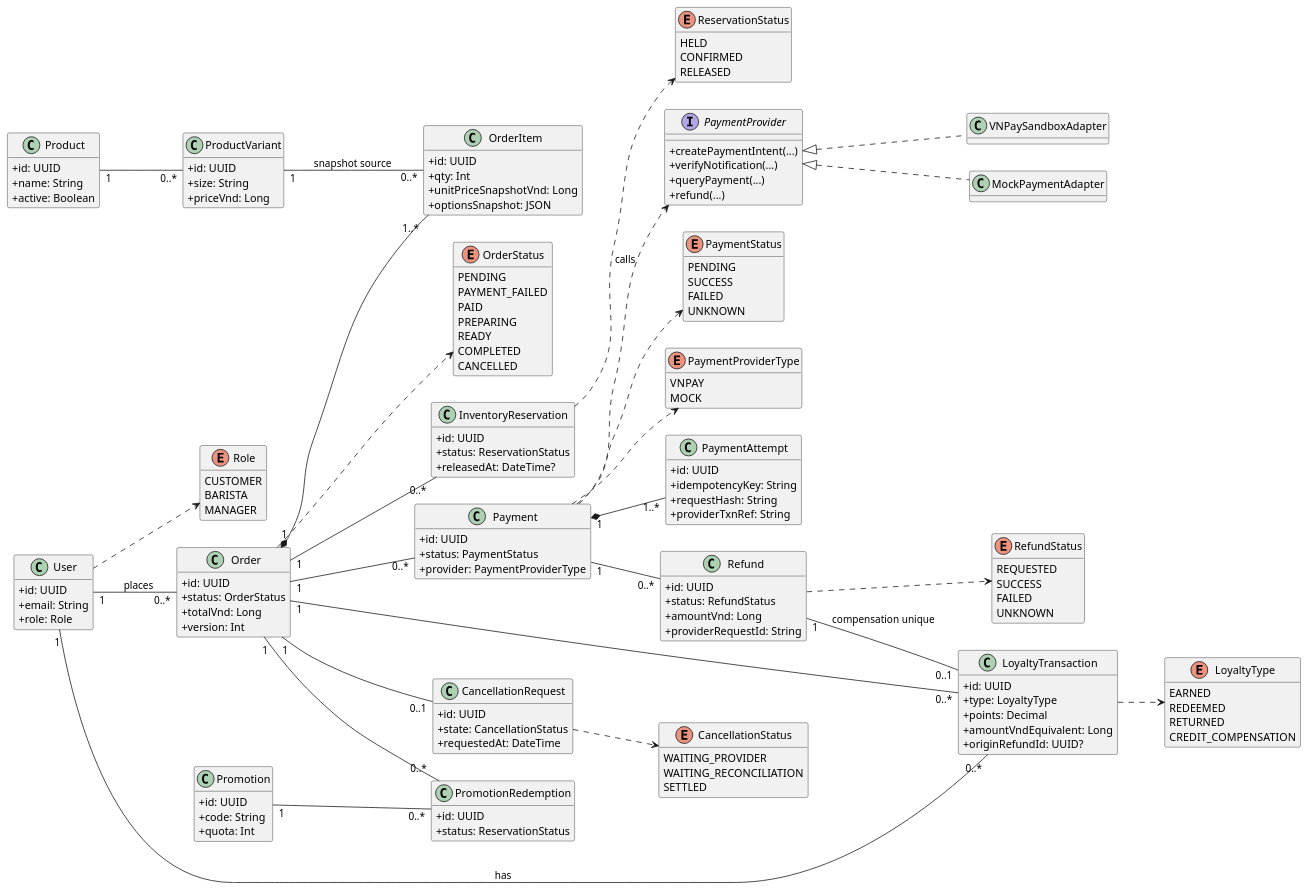
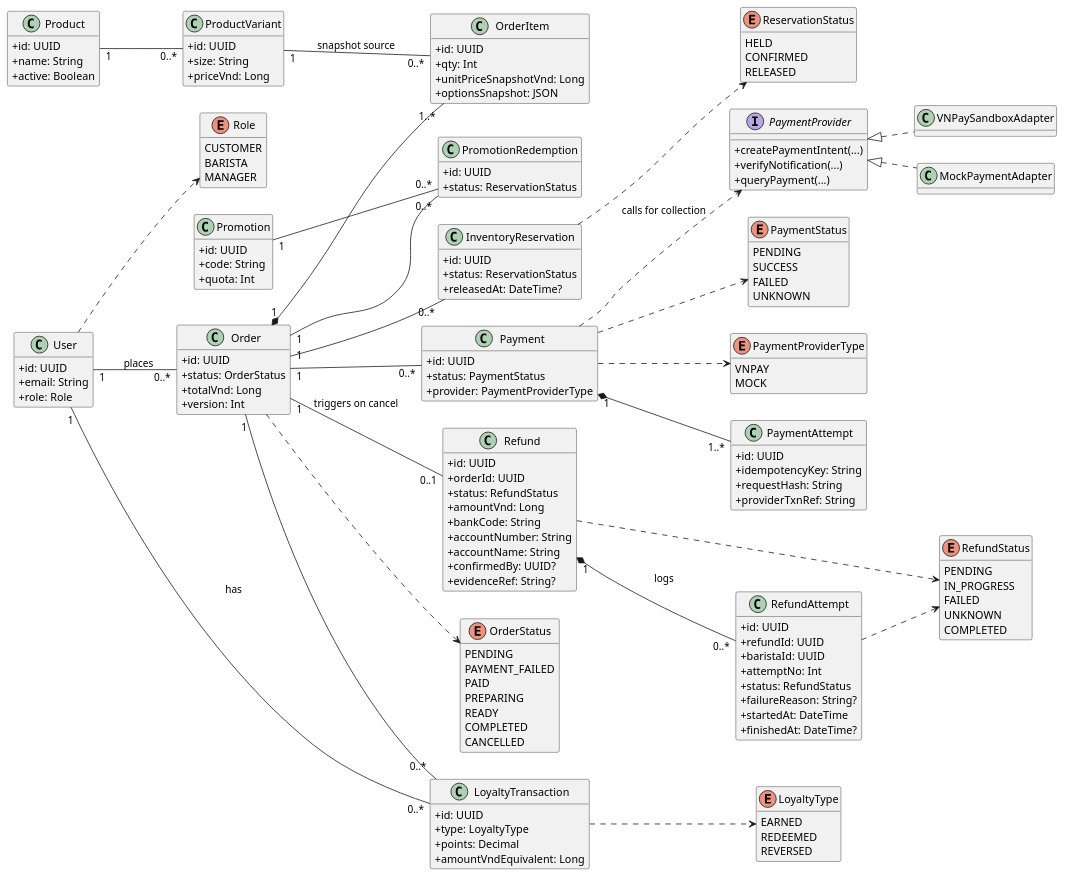
The diagram in docs/diagrams/class-domain.puml (Thaitruong26/Brewlite-A2), drawn with PlantUML before and after one commit. The commit also changed 14 other files, not shown here.

Commit message:
docs: align SRS, ADR-009, use-case specifications, and PlantUML diagrams with manual VietQR barista refund workflow

```diff
--- a/docs/diagrams/class-domain.puml
+++ b/docs/diagrams/class-domain.puml
@@ -1,154 +1,161 @@
 @startuml
 skinparam classAttributeIconSize 0
 hide empty methods
 left to right direction
+
 class User {
   +id: UUID
-+email: String
-+role: Role
+  +email: String
+  +role: Role
 }
 class Product {
   +id: UUID
-+name: String
-+active: Boolean
+  +name: String
+  +active: Boolean
 }
 class ProductVariant {
   +id: UUID
-+size: String
-+priceVnd: Long
+  +size: String
+  +priceVnd: Long
 }
 class Order {
   +id: UUID
-+status: OrderStatus
-+totalVnd: Long
-+version: Int
+  +status: OrderStatus
+  +totalVnd: Long
+  +version: Int
 }
 class OrderItem {
   +id: UUID
-+qty: Int
-+unitPriceSnapshotVnd: Long
-+optionsSnapshot: JSON
+  +qty: Int
+  +unitPriceSnapshotVnd: Long
+  +optionsSnapshot: JSON
 }
 class Payment {
   +id: UUID
-+status: PaymentStatus
-+provider: PaymentProviderType
+  +status: PaymentStatus
+  +provider: PaymentProviderType
 }
 class PaymentAttempt {
   +id: UUID
-+idempotencyKey: String
-+requestHash: String
-+providerTxnRef: String
+  +idempotencyKey: String
+  +requestHash: String
+  +providerTxnRef: String
 }
 class Refund {
   +id: UUID
-+status: RefundStatus
-+amountVnd: Long
-+providerRequestId: String
+  +orderId: UUID
+  +status: RefundStatus
+  +amountVnd: Long
+  +bankCode: String
+  +accountNumber: String
+  +accountName: String
+  +confirmedBy: UUID?
+  +evidenceRef: String?
 }
-class CancellationRequest {
+class RefundAttempt {
   +id: UUID
-+state: CancellationStatus
-+requestedAt: DateTime
+  +refundId: UUID
+  +baristaId: UUID
+  +attemptNo: Int
+  +status: RefundStatus
+  +failureReason: String?
+  +startedAt: DateTime
+  +finishedAt: DateTime?
 }
 class Promotion {
   +id: UUID
-+code: String
-+quota: Int
+  +code: String
+  +quota: Int
 }
 class PromotionRedemption {
   +id: UUID
-+status: ReservationStatus
+  +status: ReservationStatus
 }
 class LoyaltyTransaction {
   +id: UUID
-+type: LoyaltyType
-+points: Decimal
-+amountVndEquivalent: Long
-+originRefundId: UUID?
+  +type: LoyaltyType
+  +points: Decimal
+  +amountVndEquivalent: Long
 }
 class InventoryReservation {
   +id: UUID
-+status: ReservationStatus
-+releasedAt: DateTime?
+  +status: ReservationStatus
+  +releasedAt: DateTime?
 }
 interface PaymentProvider {
   +createPaymentIntent(...)
-+verifyNotification(...)
-+queryPayment(...)
-+refund(...)
+  +verifyNotification(...)
+  +queryPayment(...)
 }
 class VNPaySandboxAdapter
 class MockPaymentAdapter
+
 PaymentProvider <|.. VNPaySandboxAdapter
 PaymentProvider <|.. MockPaymentAdapter
+
 User "1" -- "0..*" Order : places
 User "1" -- "0..*" LoyaltyTransaction : has
 Product "1" -- "0..*" ProductVariant
 Order "1" *-- "1..*" OrderItem
 ProductVariant "1" -- "0..*" OrderItem : snapshot source
 Order "1" -- "0..*" Payment
 Payment "1" *-- "1..*" PaymentAttempt
-Payment "1" -- "0..*" Refund
-Order "1" -- "0..1" CancellationRequest
+Order "1" -- "0..1" Refund : triggers on cancel
+Refund "1" *-- "0..*" RefundAttempt : logs
 Order "1" -- "0..*" InventoryReservation
 Promotion "1" -- "0..*" PromotionRedemption
 Order "1" -- "0..*" PromotionRedemption
 Order "1" -- "0..*" LoyaltyTransaction
-Refund "1" -- "0..1" LoyaltyTransaction : compensation unique
-Payment ..> PaymentProvider : calls
+Payment ..> PaymentProvider : calls for collection
+
 enum OrderStatus {
   PENDING
   PAYMENT_FAILED
   PAID
   PREPARING
   READY
   COMPLETED
   CANCELLED
 }
 enum PaymentStatus {
   PENDING
   SUCCESS
   FAILED
   UNKNOWN
 }
 enum RefundStatus {
-  REQUESTED
-  SUCCESS
+  PENDING
+  IN_PROGRESS
   FAILED
   UNKNOWN
-}
-enum CancellationStatus {
-  WAITING_PROVIDER
-  WAITING_RECONCILIATION
-  SETTLED
+  COMPLETED
 }
 enum LoyaltyType {
   EARNED
   REDEEMED
-  RETURNED
-  CREDIT_COMPENSATION
+  REVERSED
 }
 enum ReservationStatus {
   HELD
   CONFIRMED
   RELEASED
 }
 enum Role {
   CUSTOMER
   BARISTA
   MANAGER
 }
 enum PaymentProviderType {
   VNPAY
   MOCK
 }
+
 Order ..> OrderStatus
 Payment ..> PaymentStatus
 Refund ..> RefundStatus
-CancellationRequest ..> CancellationStatus
+RefundAttempt ..> RefundStatus
 LoyaltyTransaction ..> LoyaltyType
 InventoryReservation ..> ReservationStatus
 User ..> Role
 Payment ..> PaymentProviderType
 @enduml
```
